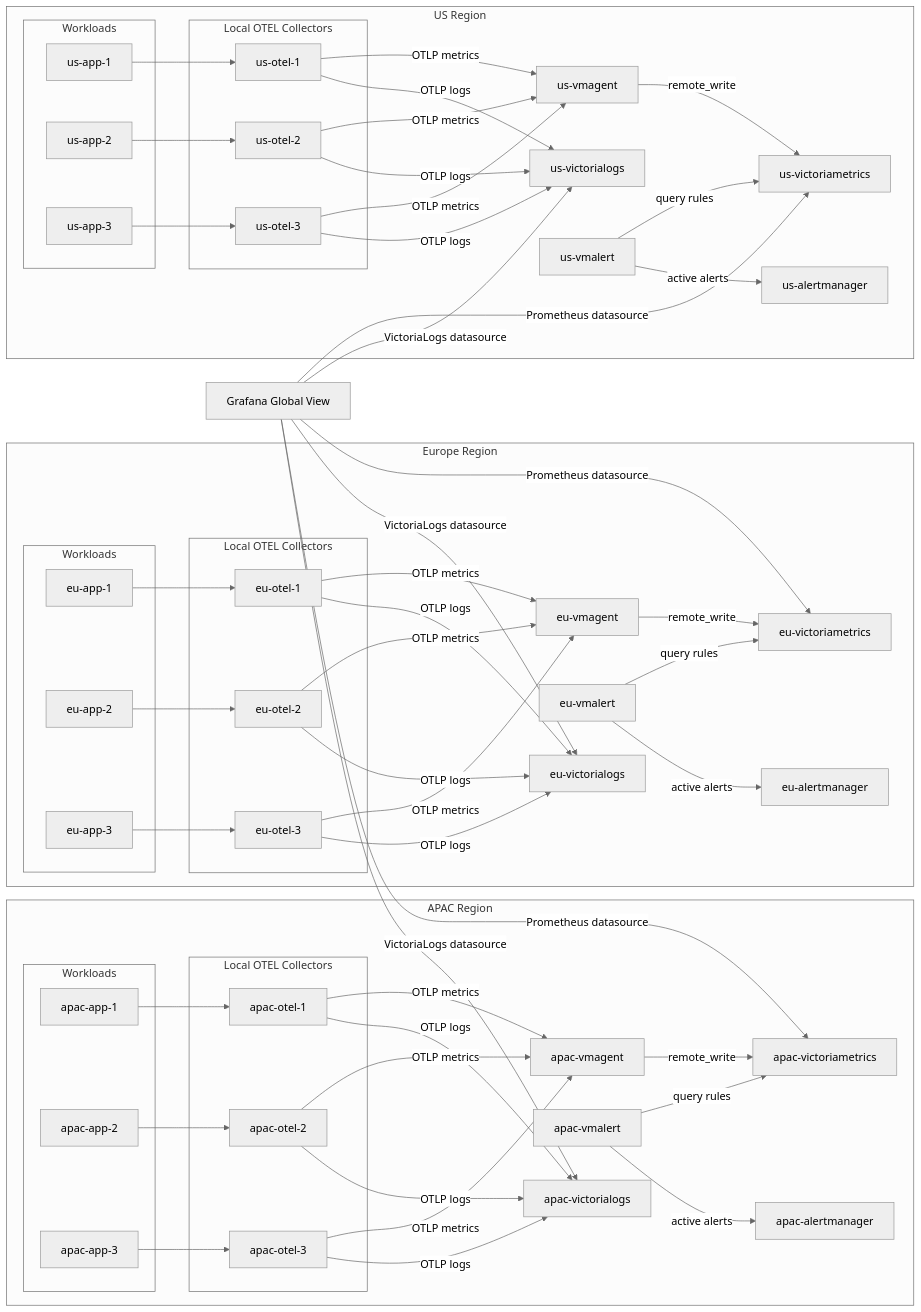
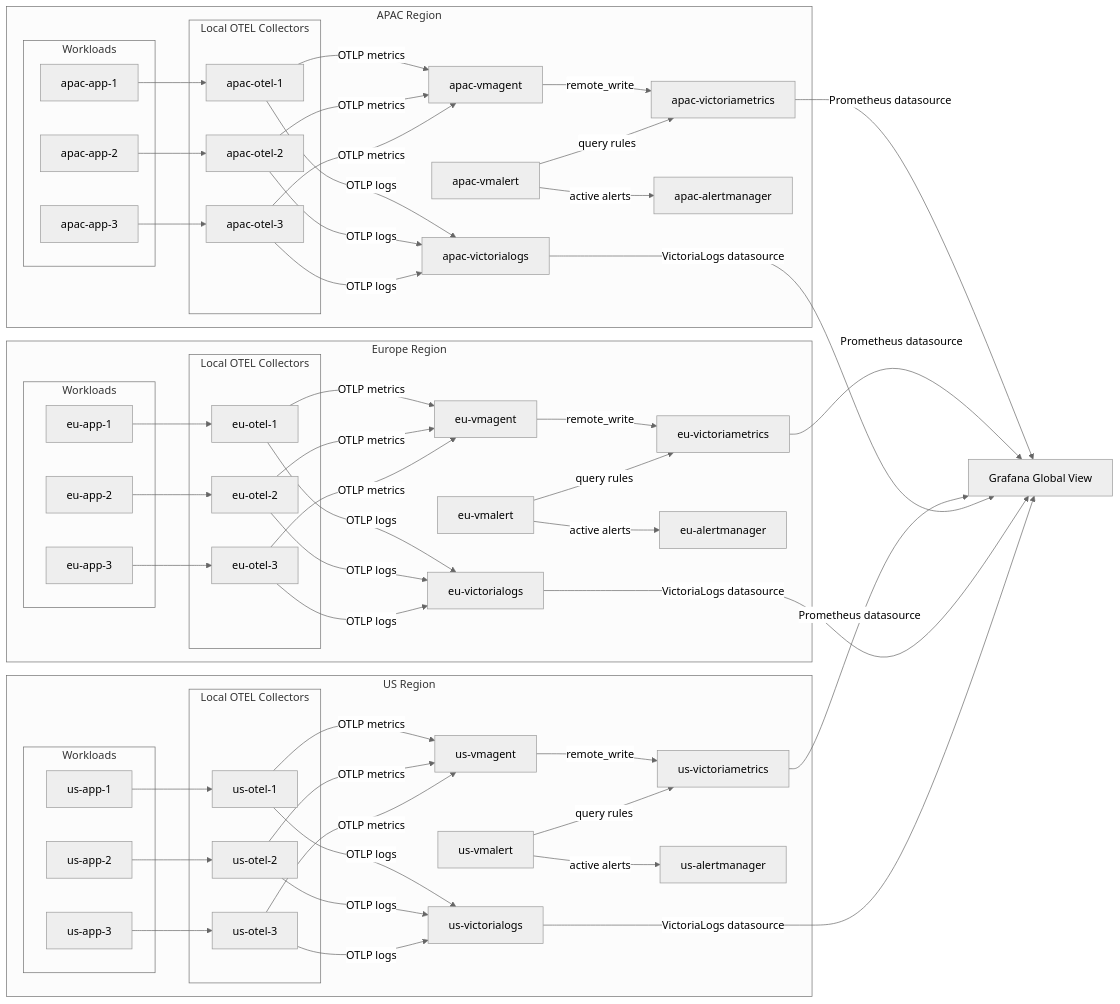
One commit to goodtune/metrics-playground changed the diagram in docs/architecture.md. Above: the diagram before and after it, drawn with Mermaid (neutral theme). The commit also changed 1 other file, not shown here.

Commit message:
Move Grafana to the right in Mermaid architecture diagram
Reverse edge direction so data flows from regional backends toward
Grafana, placing it on the right side of the LR flowchart.

https://claude.ai/code/session_01KbJ9qQ94S9Zg13kPPQN54X

````diff
--- a/docs/architecture.md
+++ b/docs/architecture.md
@@ -119,12 +119,10 @@
     UVAL -->|active alerts| UAM
   end
 
-  G[Grafana Global View]
-
-  G -->|Prometheus datasource| AVMS
-  G -->|Prometheus datasource| EVMS
-  G -->|Prometheus datasource| UVMS
-  G -->|VictoriaLogs datasource| AVLS
-  G -->|VictoriaLogs datasource| EVLS
-  G -->|VictoriaLogs datasource| UVLS
+  AVMS -->|Prometheus datasource| G[Grafana Global View]
+  EVMS -->|Prometheus datasource| G
+  UVMS -->|Prometheus datasource| G
+  AVLS -->|VictoriaLogs datasource| G
+  EVLS -->|VictoriaLogs datasource| G
+  UVLS -->|VictoriaLogs datasource| G
 ```
````
